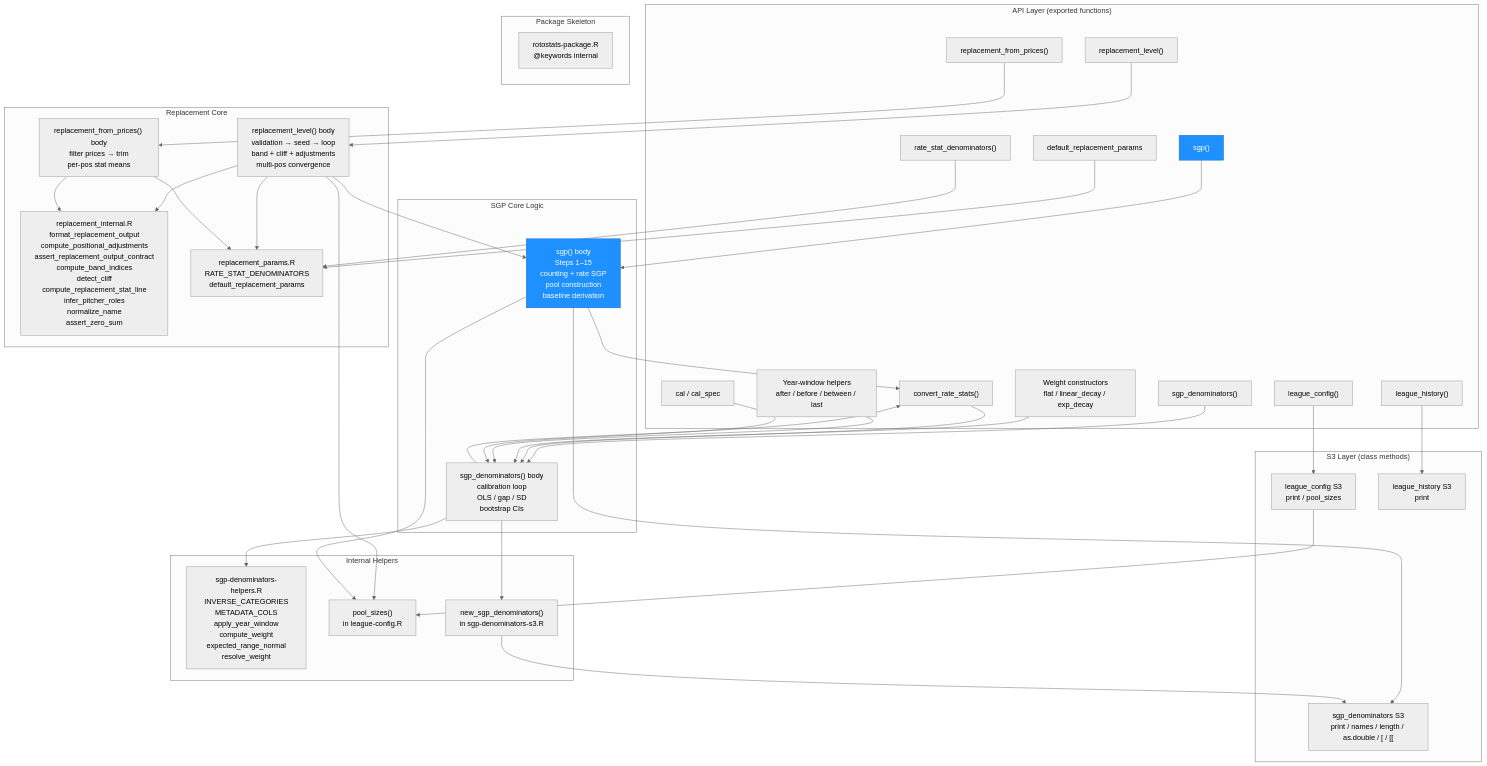
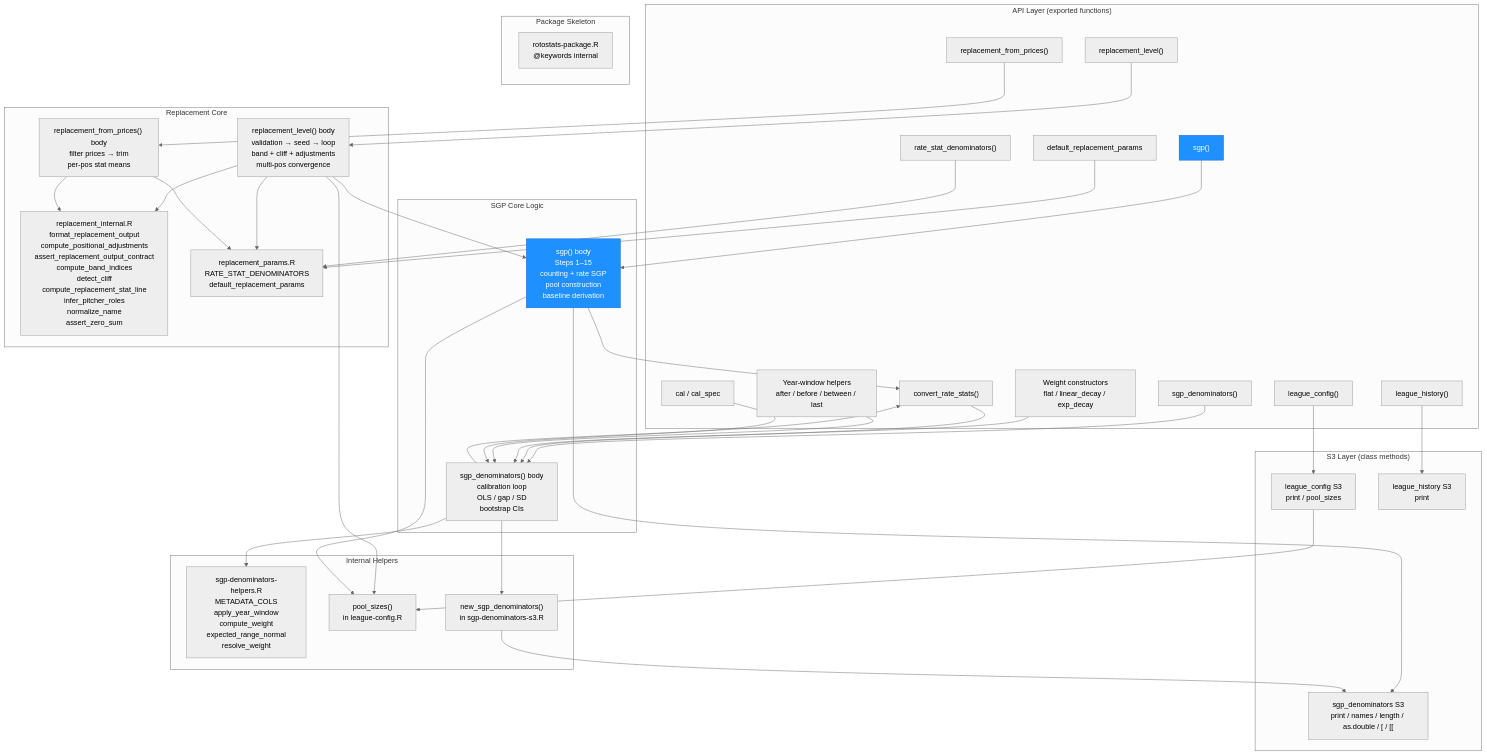
The first of 5 diagrams in ARCHITECTURE.md (JDenn0514/rotostats), drawn with Mermaid before and after one commit. The commit also changed other lines of this file and 1 other file, not shown here.

First line of the commit message:
docs(sgp): scriber recording for inverse_categories run

```diff
--- a/ARCHITECTURE.md
+++ b/ARCHITECTURE.md
@@ -49,7 +49,7 @@
     end
 
     subgraph HELPERS["Internal Helpers"]
-        SGPDH["sgp-denominators-helpers.R\nINVERSE_CATEGORIES\nMETADATA_COLS\napply_year_window\ncompute_weight\nexpected_range_normal\nresolve_weight"]
+        SGPDH["sgp-denominators-helpers.R\nMETADATA_COLS\napply_year_window\ncompute_weight\nexpected_range_normal\nresolve_weight"]
         POOL["pool_sizes()\nin league-config.R"]
         NEWDENOM["new_sgp_denominators()\nin sgp-denominators-s3.R"]
     end
```
